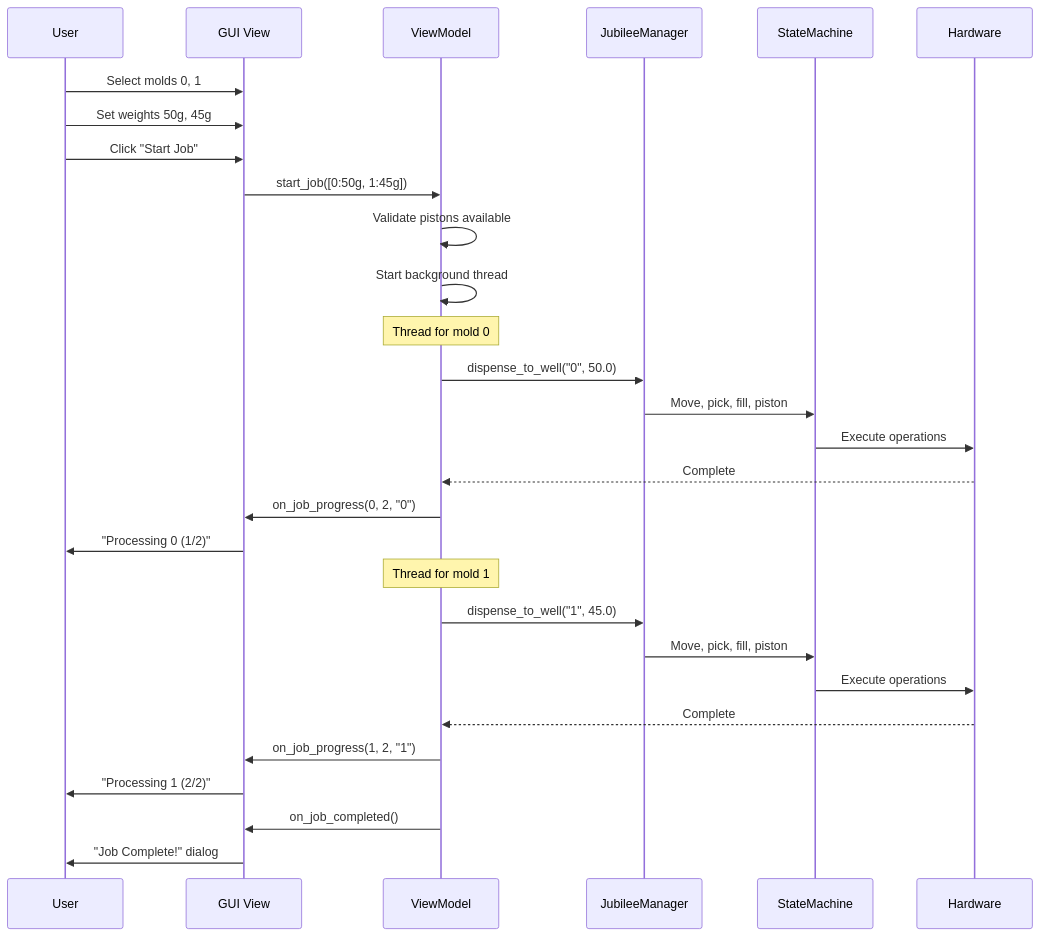
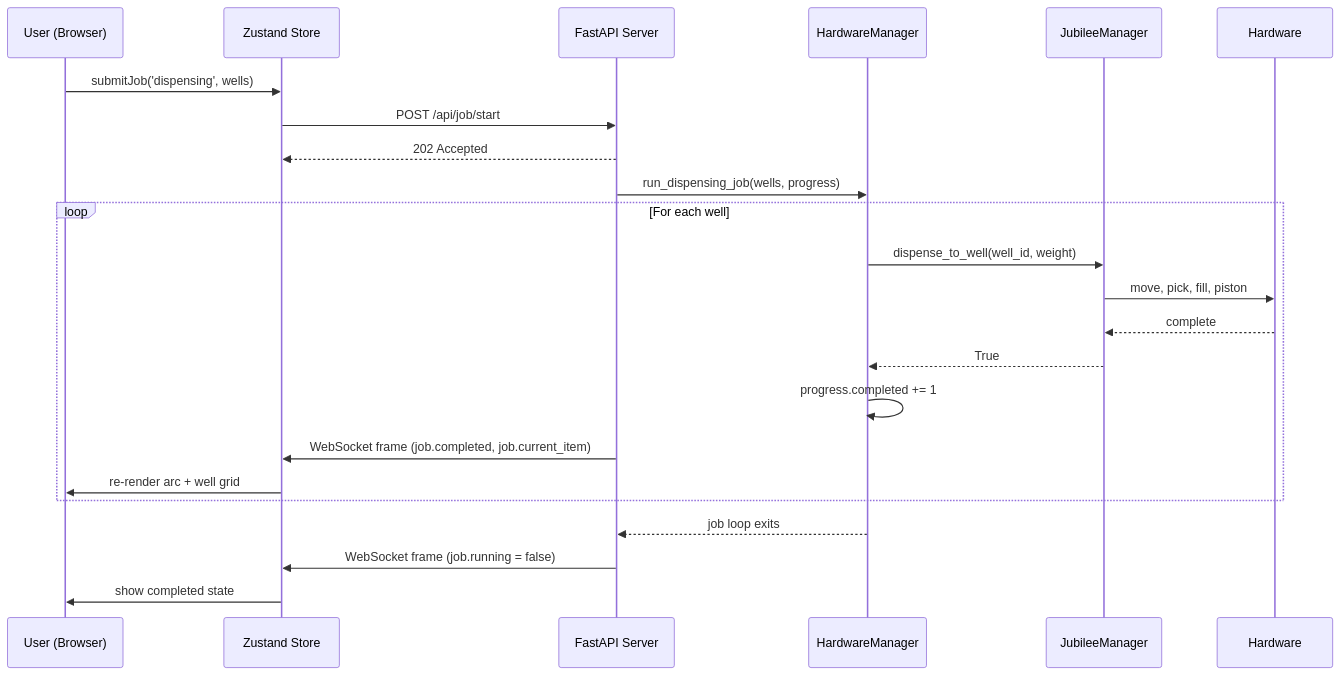
The second of 4 diagrams in docs/concepts/architecture.md (bennett-lahn/jubilee-powder), drawn with Mermaid before and after one commit. The commit also changed other lines of this file and 7 other files, not shown here.

````diff
--- a/docs/concepts/architecture.md
+++ b/docs/concepts/architecture.md
@@ -215,36 +237,28 @@
 ```mermaid
 sequenceDiagram
-    participant U as User
-    participant GUI as GUI View
-    participant VM as ViewModel
+    participant U as User (Browser)
+    participant S as Zustand Store
+    participant API as FastAPI Server
+    participant HM as HardwareManager
     participant JM as JubileeManager
-    participant SM as StateMachine
     participant H as Hardware
 
-    U->>GUI: Select molds 0, 1
-    U->>GUI: Set weights 50g, 45g
-    U->>GUI: Click "Start Job"
-    
-    GUI->>VM: start_job([0:50g, 1:45g])
-    VM->>VM: Validate pistons available
-    VM->>VM: Start background thread
-    
-    Note over VM: Thread for mold 0
-    VM->>JM: dispense_to_well("0", 50.0)
-    JM->>SM: Move, pick, fill, piston
-    SM->>H: Execute operations
-    H-->>VM: Complete
-    VM->>GUI: on_job_progress(0, 2, "0")
-    GUI->>U: "Processing 0 (1/2)"
-    
-    Note over VM: Thread for mold 1
-    VM->>JM: dispense_to_well("1", 45.0)
-    JM->>SM: Move, pick, fill, piston
-    SM->>H: Execute operations
-    H-->>VM: Complete
-    VM->>GUI: on_job_progress(1, 2, "1")
-    GUI->>U: "Processing 1 (2/2)"
-    
-    VM->>GUI: on_job_completed()
-    GUI->>U: "Job Complete!" dialog
+    U->>S: submitJob('dispensing', wells)
+    S->>API: POST /api/job/start
+    API-->>S: 202 Accepted
+    API->>HM: run_dispensing_job(wells, progress)
+
+    loop For each well
+        HM->>JM: dispense_to_well(well_id, weight)
+        JM->>H: move, pick, fill, piston
+        H-->>JM: complete
+        JM-->>HM: True
+        HM->>HM: progress.completed += 1
+        API->>S: WebSocket frame (job.completed, job.current_item)
+        S->>U: re-render arc + well grid
+    end
+
+    HM-->>API: job loop exits
+    API->>S: WebSocket frame (job.running = false)
+    S->>U: show completed state
 ```
````
